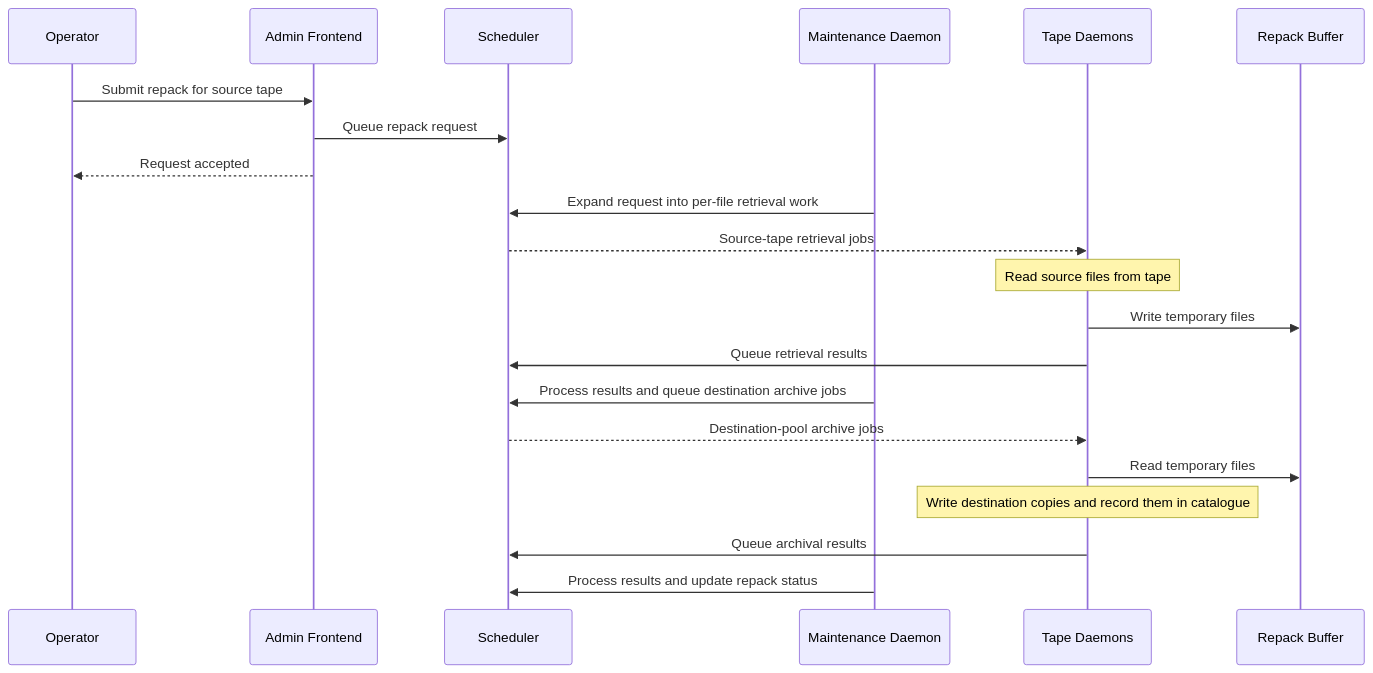
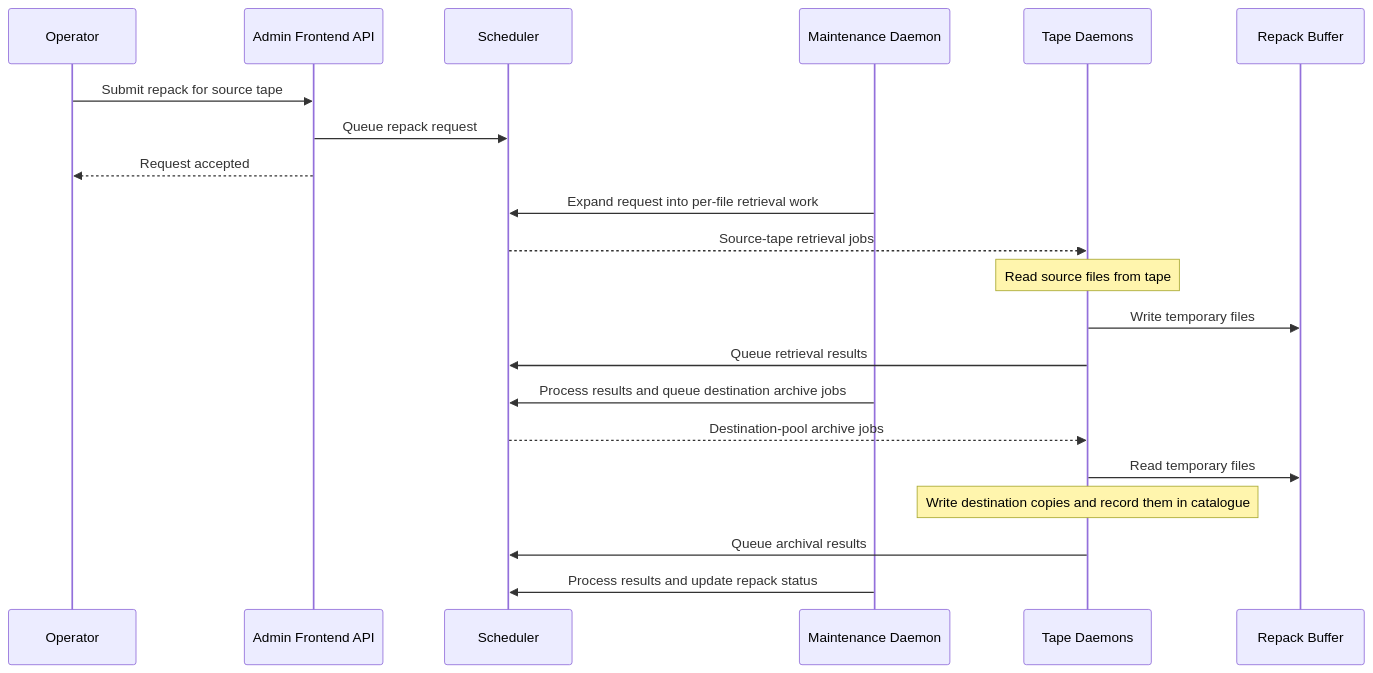
Before and after one commit to cern-cta/CTA: the diagram in docs/content/concepts/data-management/repack.md, drawn with Mermaid. The commit also changed other lines of this file and 31 other files, not shown here.

````diff
--- a/docs/content/concepts/data-management/repack.md
+++ b/docs/content/concepts/data-management/repack.md
@@ -61,24 +61,24 @@
 ```mermaid
 sequenceDiagram
     participant Operator
-    participant API as Admin Frontend
+    participant API as Admin Frontend API
     participant S as Scheduler
     participant MD as Maintenance Daemon
     participant TD as Tape Daemons
     participant B as Repack Buffer
 
     Operator ->> API: Submit repack for source tape
     API ->> S: Queue repack request
     API -->> Operator: Request accepted
     MD ->> S: Expand request into per-file retrieval work
     S -->> TD: Source-tape retrieval jobs
     Note over TD: Read source files from tape
     TD ->> B: Write temporary files
     TD ->> S: Queue retrieval results
     MD ->> S: Process results and queue destination archive jobs
     S -->> TD: Destination-pool archive jobs
     TD ->> B: Read temporary files
     Note over TD: Write destination copies and record them in catalogue
     TD ->> S: Queue archival results
     MD ->> S: Process results and update repack status
 ```
````
